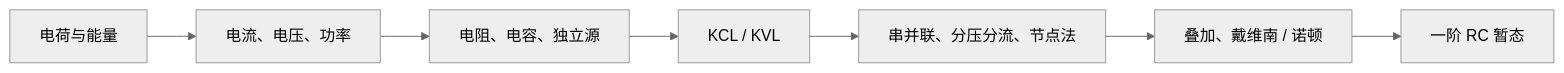
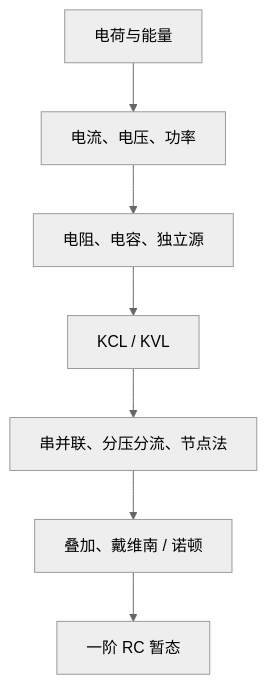
Before and after one commit to SamKuler/analog-electronics-guide: the first of 2 diagrams in docs/guide/01-最小电路基础.md, drawn with Mermaid (neutral theme). The commit also changed other lines of this file and 156 other files, not shown here.

````diff
--- a/docs/guide/01-最小电路基础.md
+++ b/docs/guide/01-最小电路基础.md
@@ -21,9 +21,9 @@
 ```mermaid
-flowchart LR
+flowchart TD
     A["电荷与能量"] --> B["电流、电压、功率"]
     B --> C["电阻、电容、独立源"]
     C --> D["KCL / KVL"]
     D --> E["串并联、分压分流、节点法"]
     E --> F["叠加、戴维南 / 诺顿"]
     F --> G["一阶 RC 暂态"]
 ```
````
